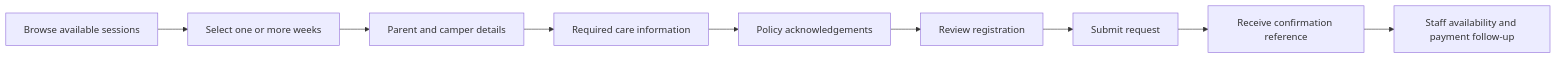
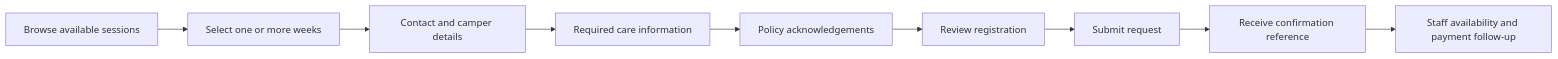
One commit to kajolmehra/codebloom-learning-platform changed the fifth of 5 diagrams in docs/USER-FLOWS.md. Above: the diagram before and after it, drawn with Mermaid. The commit also changed other lines of this file and 2 other files, not shown here.

````diff
--- a/docs/USER-FLOWS.md
+++ b/docs/USER-FLOWS.md
@@ -58,11 +77,11 @@
 ```mermaid
 flowchart LR
     Sessions[Browse available sessions] --> Cart[Select one or more weeks]
-    Cart --> Details[Parent and camper details]
+    Cart --> Details[Contact and camper details]
     Details --> Medical[Required care information]
     Medical --> Policies[Policy acknowledgements]
     Policies --> Review[Review registration]
     Review --> Submit[Submit request]
     Submit --> Reference[Receive confirmation reference]
     Reference --> Followup[Staff availability and payment follow-up]
 ```
````
